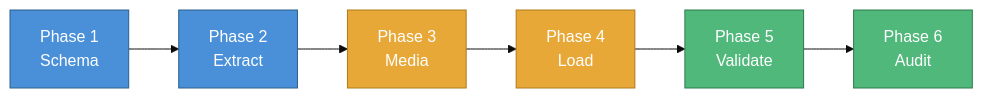
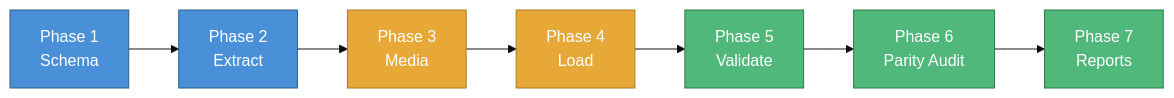
One commit to ICJIA/hub-migration-tools changed the second of 3 diagrams in README.md. Above: the diagram before and after it, drawn with Mermaid (base theme). The commit also changed other lines of this file and 19 other files, not shown here.

First line of the commit message:
v4.0.0: Remote migration, status filtering, parity audit reports, image ref fix

````diff
--- a/README.md
+++ b/README.md
@@ -72,15 +75,17 @@
 ```mermaid
 graph LR
     P1[Phase 1<br/>Schema] --> P2[Phase 2<br/>Extract]
     P2 --> P3[Phase 3<br/>Media]
     P3 --> P4[Phase 4<br/>Load]
     P4 --> P5[Phase 5<br/>Validate]
-    P5 --> P6[Phase 6<br/>Audit]
+    P5 --> P6[Phase 6<br/>Parity Audit]
+    P6 --> P7[Phase 7<br/>Reports]
 
     style P1 fill:#4a90d9,stroke:#2c5f8a,color:#fff
     style P2 fill:#4a90d9,stroke:#2c5f8a,color:#fff
     style P3 fill:#e8a838,stroke:#b07a1a,color:#fff
     style P4 fill:#e8a838,stroke:#b07a1a,color:#fff
     style P5 fill:#50b87a,stroke:#2d7a4d,color:#fff
     style P6 fill:#50b87a,stroke:#2d7a4d,color:#fff
+    style P7 fill:#50b87a,stroke:#2d7a4d,color:#fff
 ```
````
